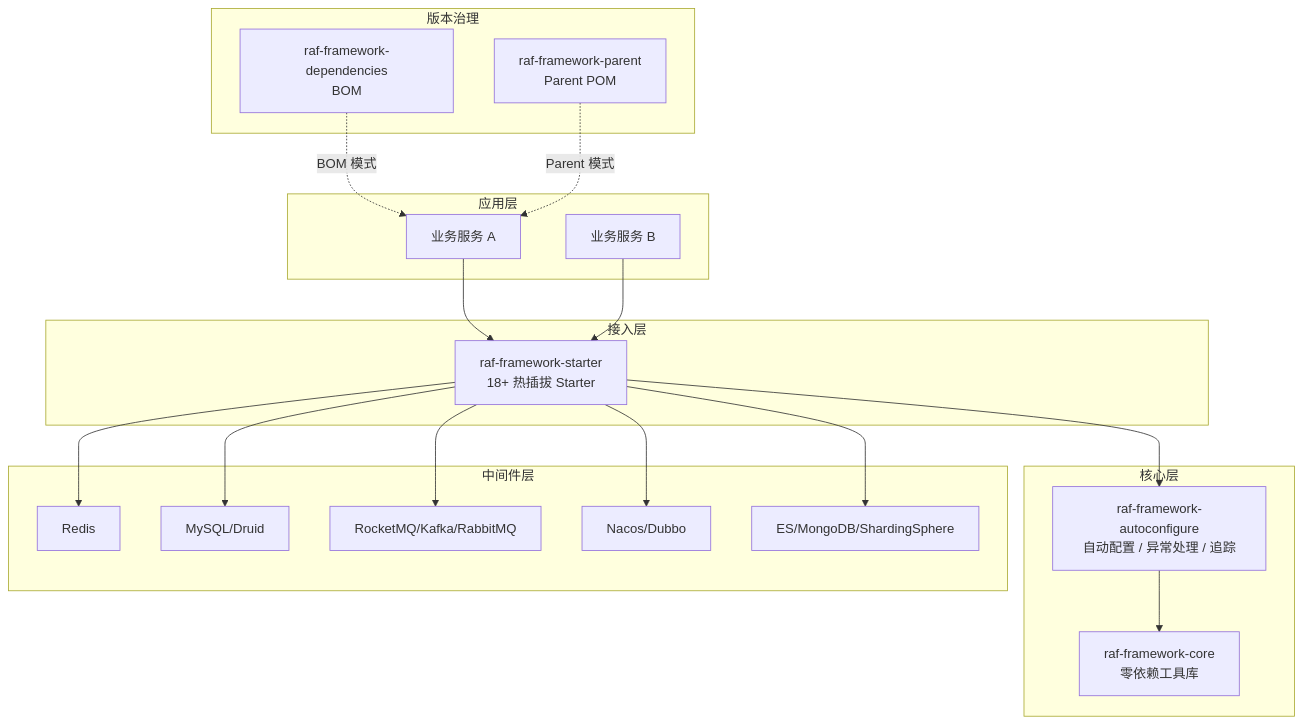
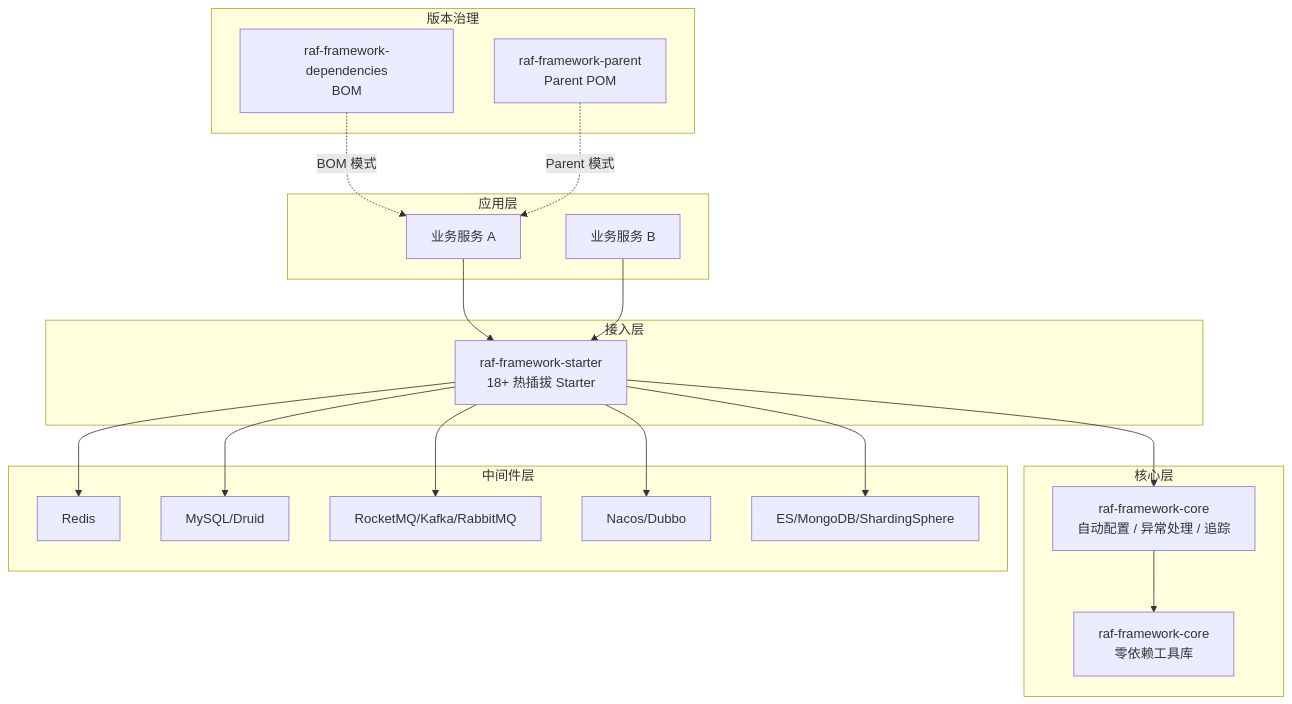
The diagram in README.md (JerryRaf/raf-framework), drawn with Mermaid before and after one commit. The commit also changed other lines of this file and 6 other files, not shown here.

````diff
--- a/README.md
+++ b/README.md
@@ -131,32 +131,32 @@
 ```mermaid
 graph TD
     subgraph 应用层
         A[业务服务 A]
         B[业务服务 B]
     end
     subgraph 接入层
         C[raf-framework-starter<br/>18+ 热插拔 Starter]
     end
     subgraph 核心层
-        D[raf-framework-autoconfigure<br/>自动配置 / 异常处理 / 追踪]
+        D[raf-framework-core<br/>自动配置 / 异常处理 / 追踪]
         E[raf-framework-core<br/>零依赖工具库]
     end
     subgraph 中间件层
         F[Redis]
         G[MySQL/Druid]
         H[RocketMQ/Kafka/RabbitMQ]
         I[Nacos/Dubbo]
         J[ES/MongoDB/ShardingSphere]
     end
     subgraph 版本治理
         K[raf-framework-dependencies<br/>BOM]
         L[raf-framework-parent<br/>Parent POM]
     end
     A --> C
     B --> C
     C --> D
     D --> E
     C --> F & G & H & I & J
     K -.->|BOM 模式| A
     L -.->|Parent 模式| A
 ```
````
